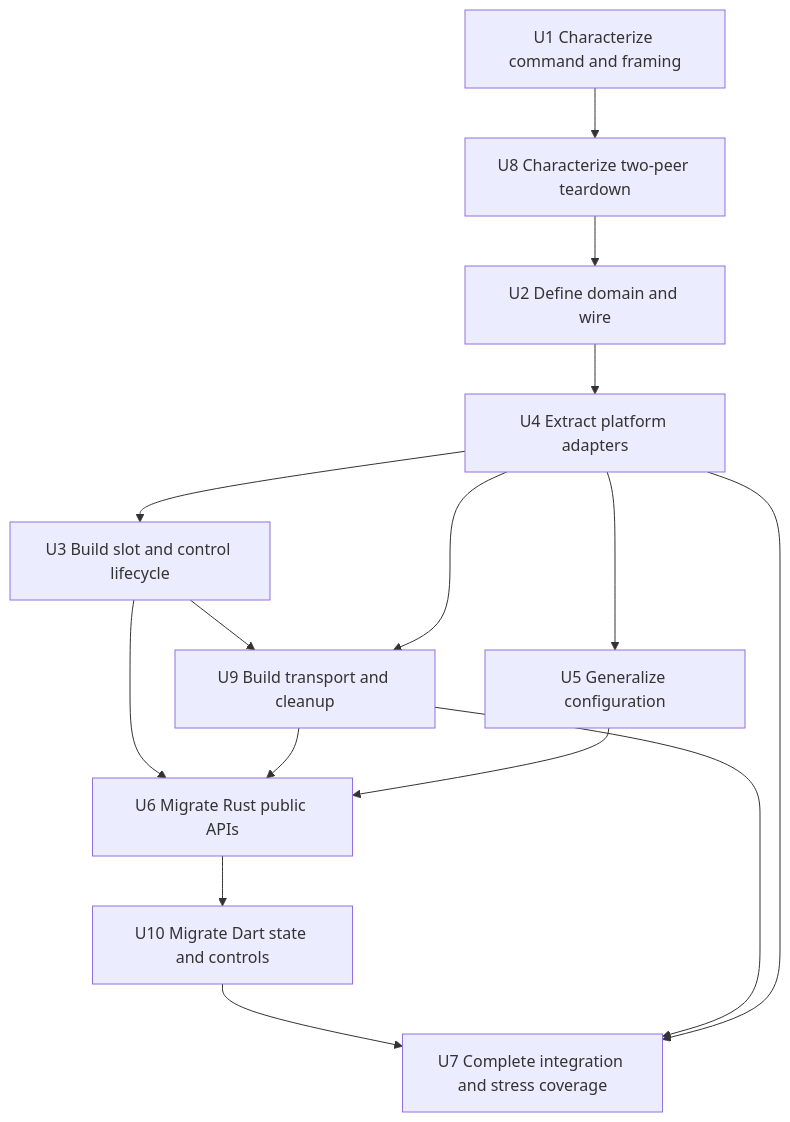
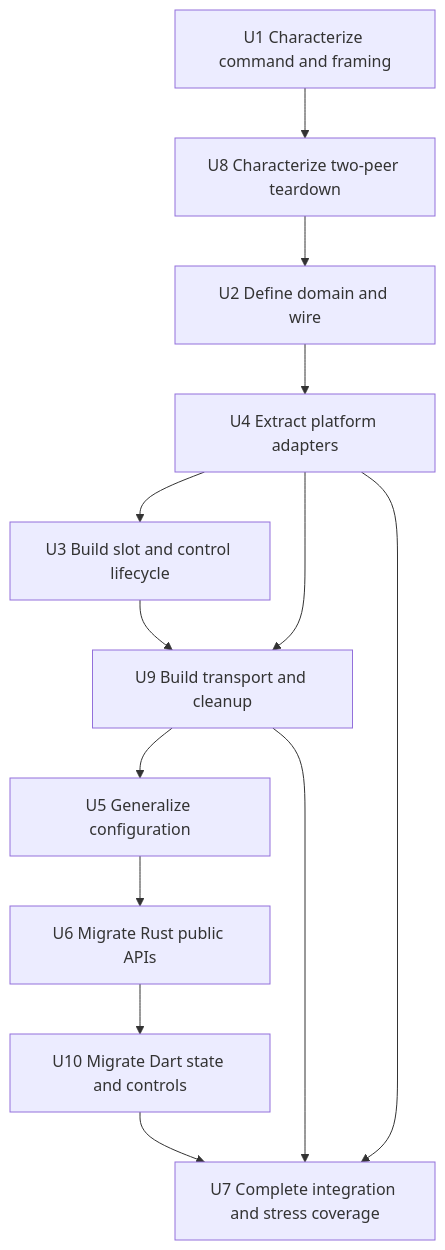
The third of 4 diagrams in docs/plans/2026-07-17-001-refactor-generic-video-sessions-plan.md (chanderlud/telepathy), drawn with Mermaid before and after one commit. The commit also changed other lines of this file, not shown here.

````diff
--- a/docs/plans/2026-07-17-001-refactor-generic-video-sessions-plan.md
+++ b/docs/plans/2026-07-17-001-refactor-generic-video-sessions-plan.md
@@ -209,28 +210,26 @@
 ```mermaid
 flowchart TB
     U1[U1 Characterize command and framing]
     U8[U8 Characterize two-peer teardown]
     U2[U2 Define domain and wire]
     U3[U3 Build slot and control lifecycle]
     U9[U9 Build transport and cleanup]
     U4[U4 Extract platform adapters]
     U5[U5 Generalize configuration]
     U6[U6 Migrate Rust public APIs]
     U10[U10 Migrate Dart state and controls]
     U7[U7 Complete integration and stress coverage]
 
     U1 --> U8
     U8 --> U2
     U2 --> U4
     U4 --> U3
     U3 --> U9
     U4 --> U9
-    U4 --> U5
-    U3 --> U6
-    U9 --> U6
+    U9 --> U5
     U5 --> U6
     U6 --> U10
     U10 --> U7
     U9 --> U7
     U4 --> U7
 ```
````
